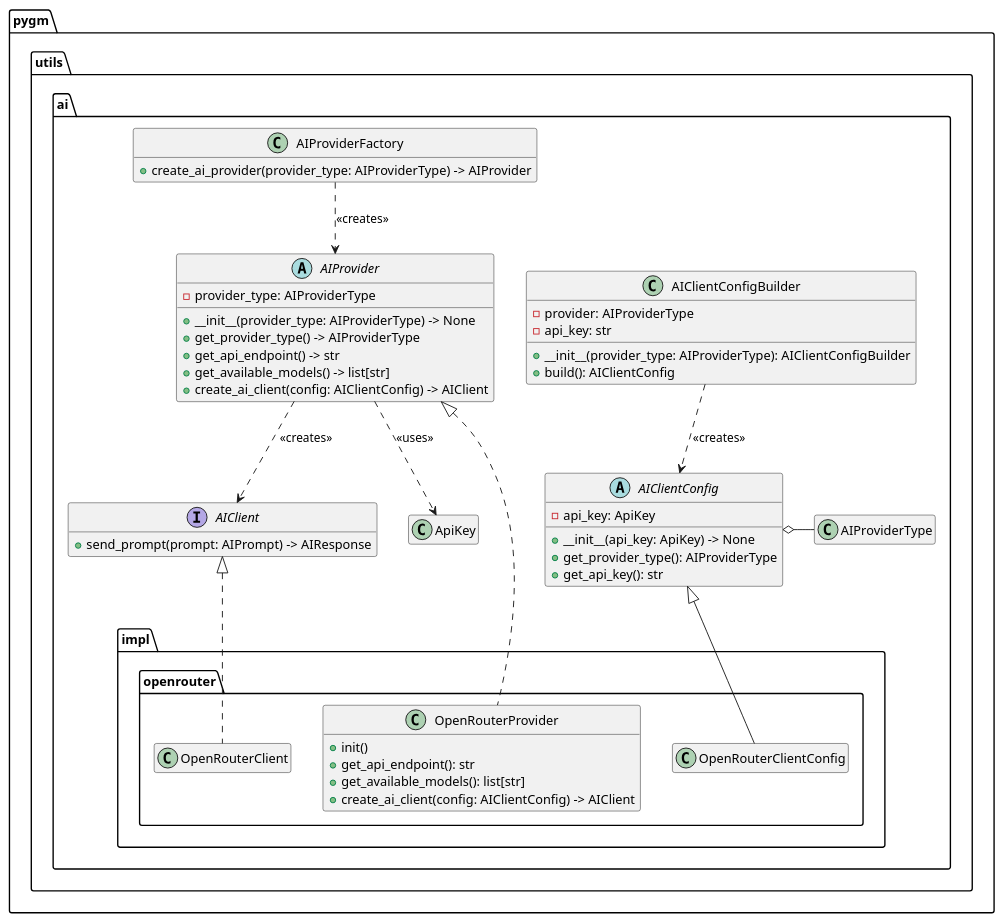
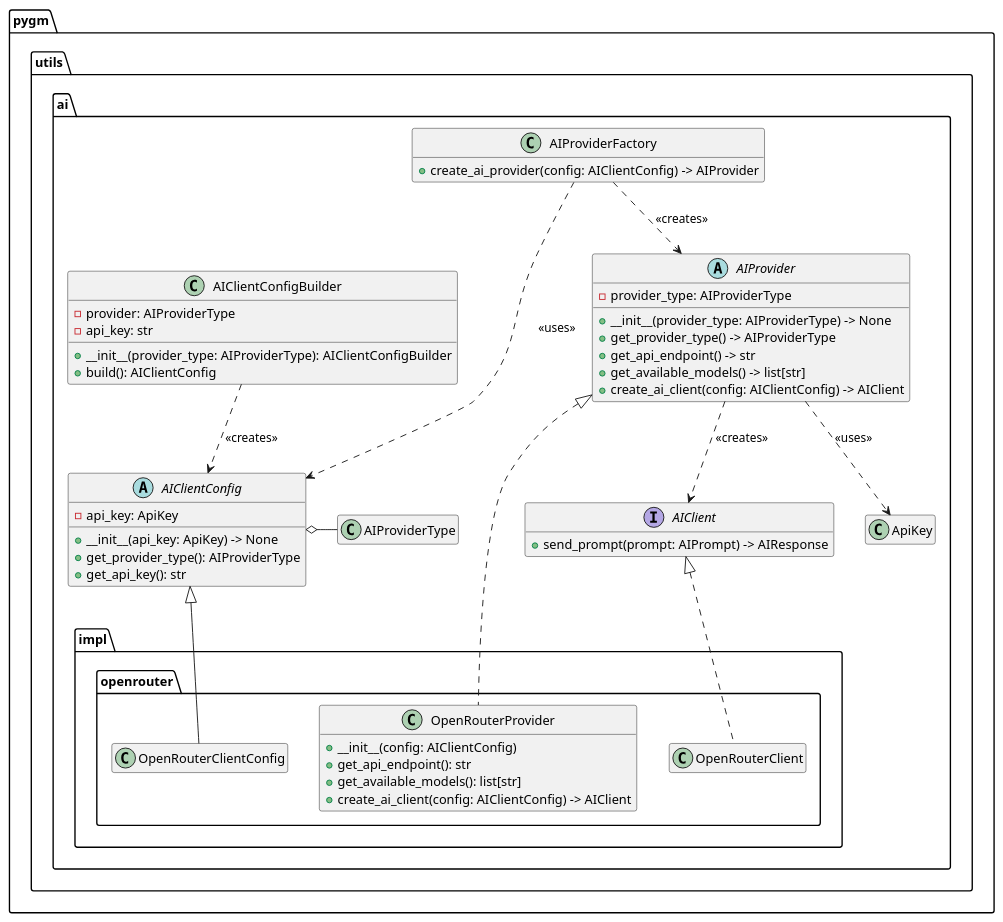
The fourth of 4 diagrams in docs/architecture.md (Piawanegawa/pygm), drawn with PlantUML before and after one commit. The commit also changed 28 other files, not shown here.

````diff
--- a/docs/architecture.md
+++ b/docs/architecture.md
@@ -143,61 +143,62 @@
 ```plantuml
 hide empty members
 
 package "pygm" {
   package utils {
     package ai {
         abstract AIProvider {
             -provider_type: AIProviderType
             +__init__(provider_type: AIProviderType) -> None
             +get_provider_type() -> AIProviderType
             +get_api_endpoint() -> str
             +get_available_models() -> list[str]
             +create_ai_client(config: AIClientConfig) -> AIClient
         }
         abstract AIClientConfig {
             -api_key: ApiKey
             +__init__(api_key: ApiKey) -> None
             +get_provider_type(): AIProviderType
             +get_api_key(): str
         }
         class AIClientConfigBuilder {
             -provider: AIProviderType
             -api_key: str
             +__init__(provider_type: AIProviderType): AIClientConfigBuilder
             +build(): AIClientConfig
         }        
         interface AIClient {
             +send_prompt(prompt: AIPrompt) -> AIResponse
         }
         class AIProviderFactory {
-            +create_ai_provider(provider_type: AIProviderType) -> AIProvider
+            +create_ai_provider(config: AIClientConfig) -> AIProvider
         }        
         package impl {
             package openrouter {
                 class OpenRouterProvider {
-                    +init()
+                    +__init__(config: AIClientConfig)
                     +get_api_endpoint(): str
                     +get_available_models(): list[str]
                     +create_ai_client(config: AIClientConfig) -> AIClient
                 }
                 class OpenRouterClient {
                 
                 }
                 class OpenRouterClientConfig {
                 
                 }
             }
         }
                 
         OpenRouterProvider .u.|> AIProvider        
         OpenRouterClient .u.|> AIClient
         OpenRouterClientConfig -u-|> AIClientConfig
         AIProviderType -lo AIClientConfig
         AIProvider ..> ApiKey : <<uses>>
         AIProvider ..> AIClient : <<creates>>
         AIProviderFactory ..> AIProvider : <<creates>>
+        AIProviderFactory ..> AIClientConfig : <<uses>>
         AIClientConfigBuilder ..> AIClientConfig : <<creates>>
     }
   }
 }
 ```
````
